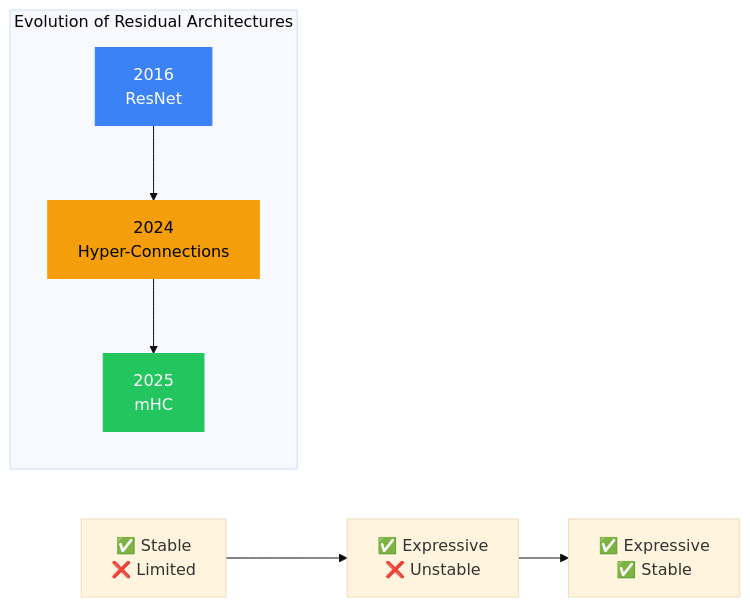
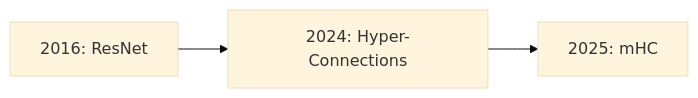
Before and after one commit to sandeeppandey456/sandeeppandey456.github.io: the ninth of 9 diagrams in _posts/2026-01-06-manifold-constrained-hyper-connections.md, drawn with Mermaid (base theme). The commit also changed other lines of this file and 1 other file, not shown here.

Commit message:
post about mhc

```diff
--- a/_posts/2026-01-06-manifold-constrained-hyper-connections.md
+++ b/_posts/2026-01-06-manifold-constrained-hyper-connections.md
@@ -471,13 +382,4 @@
-<div class="mermaid">
+<pre class="mermaid">
 graph LR
-    subgraph Evolution["Evolution of Residual Architectures"]
-        R["2016<br/>ResNet"] --> HC["2024<br/>Hyper-Connections"] --> MHC["2025<br/>mHC"]
-    end
-    
-    R2["✅ Stable<br/>❌ Limited"] --> HC2["✅ Expressive<br/>❌ Unstable"]
-    HC2 --> MHC2["✅ Expressive<br/>✅ Stable"]
-    
-    style R fill:#3b82f6,stroke:#3b82f6,color:#fff
-    style HC fill:#f59e0b,stroke:#f59e0b,color:#000
-    style MHC fill:#22c55e,stroke:#22c55e,color:#fff
-</div>
+    R["2016: ResNet"] --> HC["2024: Hyper-Connections"] --> MHC["2025: mHC"]
+</pre>
```
